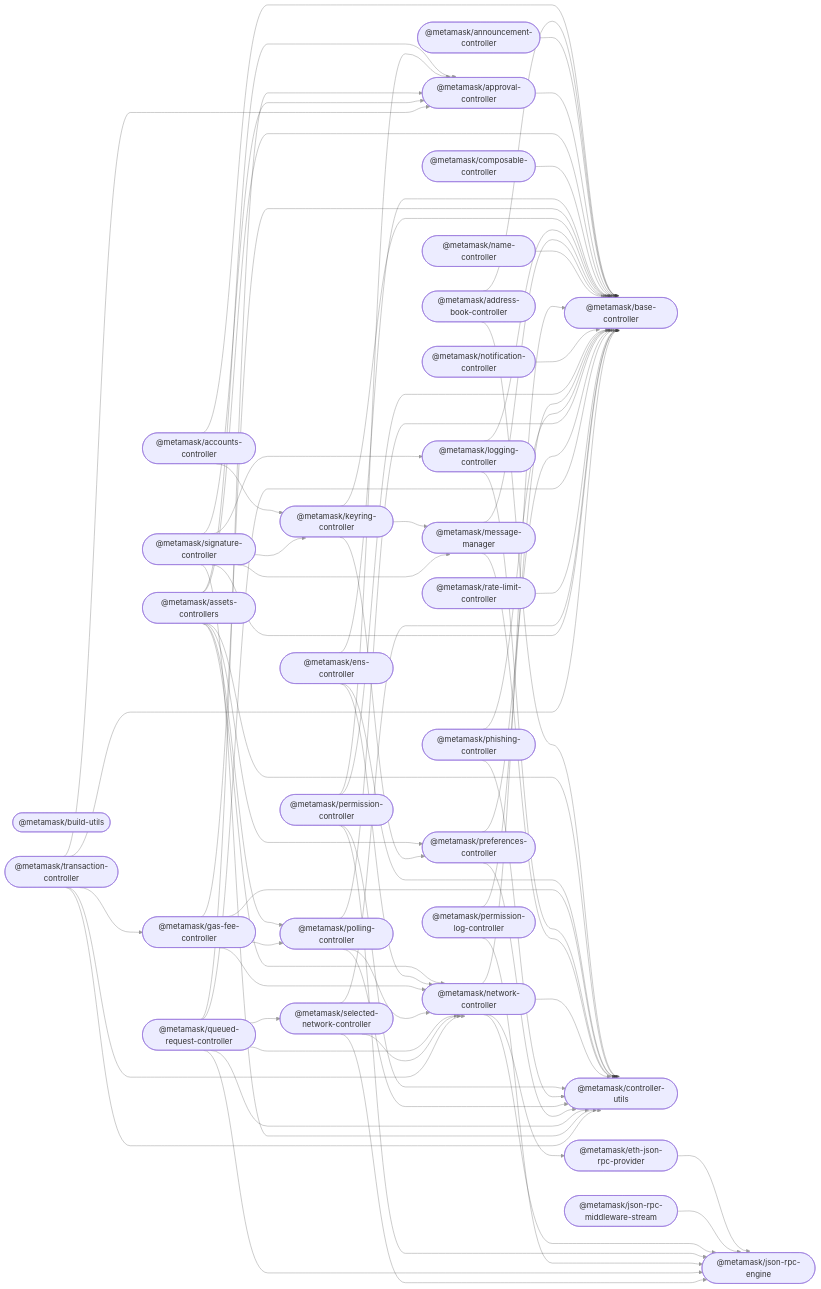
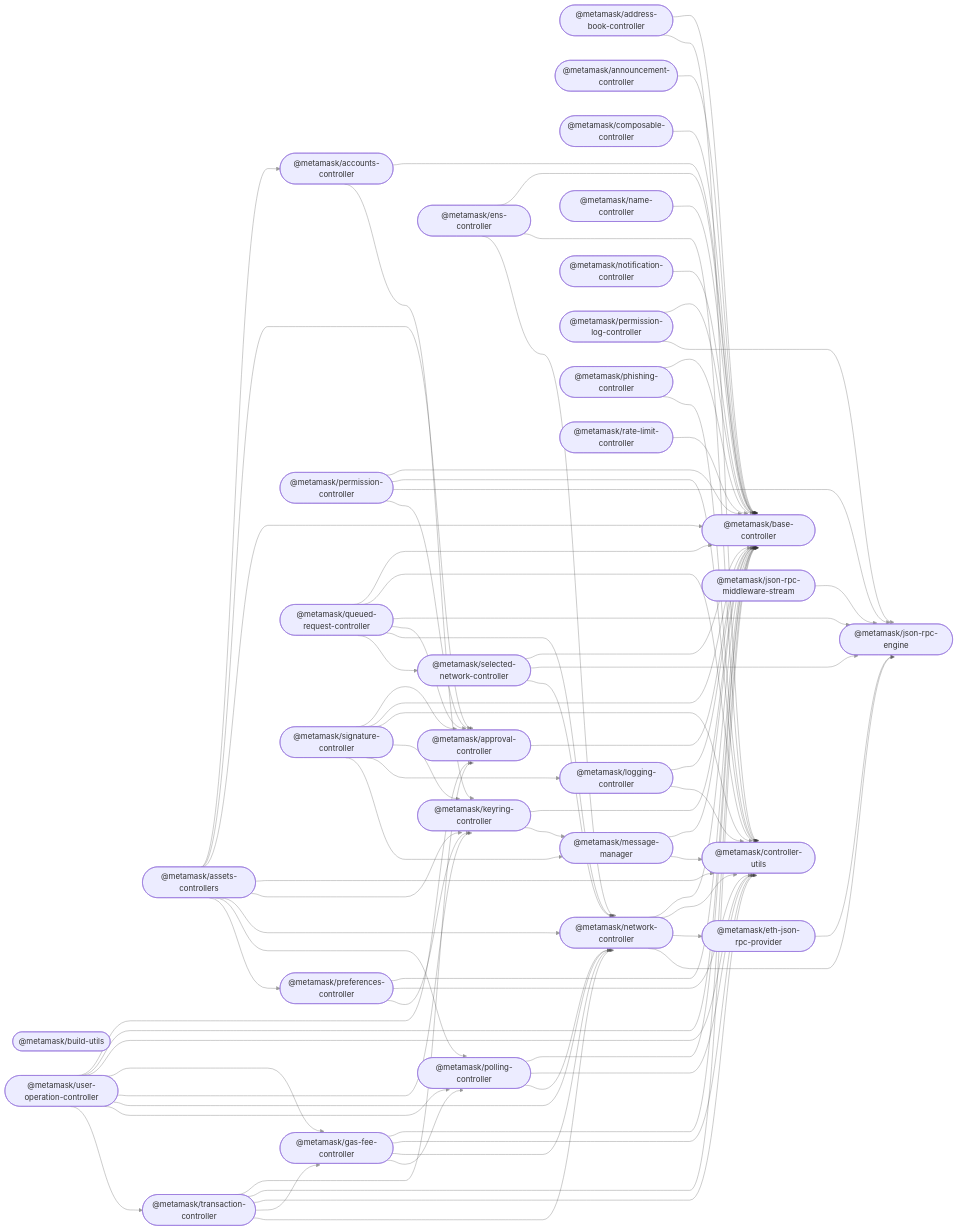
Before and after one commit to MetaMask/core: the diagram in README.md, drawn with Mermaid. The commit also changed other lines of this file, not shown here.

Commit message:
Update readme content

````diff
--- a/README.md
+++ b/README.md
@@ -79,15 +80,18 @@
   selected_network_controller(["@metamask/selected-network-controller"]);
   signature_controller(["@metamask/signature-controller"]);
   transaction_controller(["@metamask/transaction-controller"]);
+  user_operation_controller(["@metamask/user-operation-controller"]);
   accounts_controller --> base_controller;
   accounts_controller --> keyring_controller;
   address_book_controller --> base_controller;
   address_book_controller --> controller_utils;
   announcement_controller --> base_controller;
   approval_controller --> base_controller;
+  assets_controllers --> accounts_controller;
   assets_controllers --> approval_controller;
   assets_controllers --> base_controller;
   assets_controllers --> controller_utils;
+  assets_controllers --> keyring_controller;
   assets_controllers --> network_controller;
   assets_controllers --> polling_controller;
   assets_controllers --> preferences_controller;
@@ -103,7 +107,6 @@
   json_rpc_middleware_stream --> json_rpc_engine;
   keyring_controller --> base_controller;
   keyring_controller --> message_manager;
-  keyring_controller --> preferences_controller;
   logging_controller --> base_controller;
   logging_controller --> controller_utils;
   message_manager --> base_controller;
@@ -114,10 +117,10 @@
   network_controller --> eth_json_rpc_provider;
   network_controller --> json_rpc_engine;
   notification_controller --> base_controller;
-  permission_controller --> approval_controller;
   permission_controller --> base_controller;
   permission_controller --> controller_utils;
   permission_controller --> json_rpc_engine;
+  permission_controller --> approval_controller;
   permission_log_controller --> base_controller;
   permission_log_controller --> json_rpc_engine;
   phishing_controller --> base_controller;
@@ -127,10 +130,11 @@
   polling_controller --> network_controller;
   preferences_controller --> base_controller;
   preferences_controller --> controller_utils;
-  queued_request_controller --> approval_controller;
+  preferences_controller --> keyring_controller;
   queued_request_controller --> base_controller;
   queued_request_controller --> controller_utils;
   queued_request_controller --> json_rpc_engine;
+  queued_request_controller --> approval_controller;
   queued_request_controller --> network_controller;
   queued_request_controller --> selected_network_controller;
   rate_limit_controller --> base_controller;
@@ -148,4 +152,12 @@
   transaction_controller --> controller_utils;
   transaction_controller --> gas_fee_controller;
   transaction_controller --> network_controller;
+  user_operation_controller --> approval_controller;
+  user_operation_controller --> base_controller;
+  user_operation_controller --> controller_utils;
+  user_operation_controller --> gas_fee_controller;
+  user_operation_controller --> keyring_controller;
+  user_operation_controller --> network_controller;
+  user_operation_controller --> polling_controller;
+  user_operation_controller --> transaction_controller;
 ```
````
